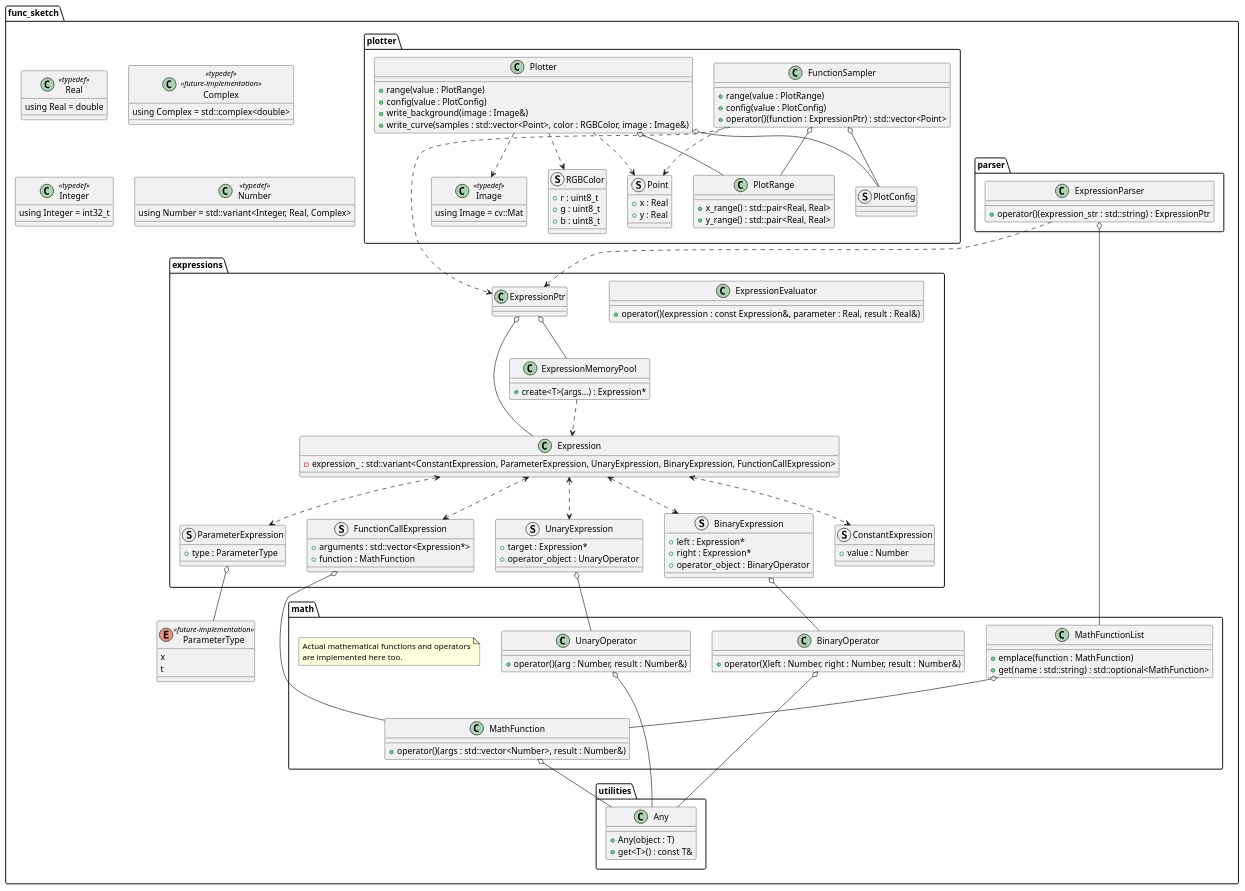
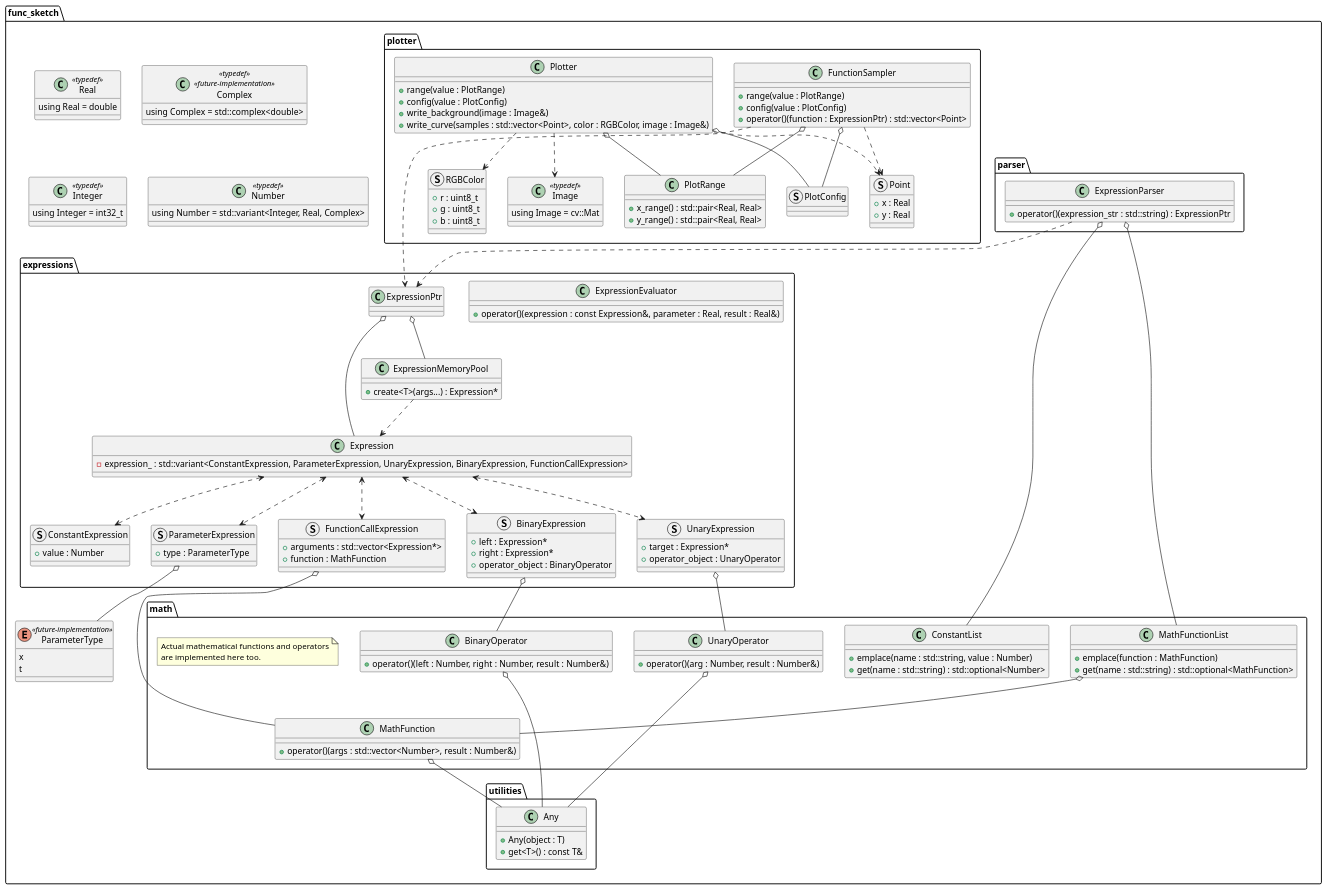
The diagram in docs/sphinx/design_notes/classes_cpp.puml (MusicScience37/FuncSketch), drawn with PlantUML before and after one commit. The commit also changed 13 other files, not shown here.

```diff
--- a/docs/sphinx/design_notes/classes_cpp.puml
+++ b/docs/sphinx/design_notes/classes_cpp.puml
@@ -1,167 +1,173 @@
 @startuml classes_cpp
 
 package func_sketch {
     class Real <<typedef>> {
         using Real = double
     }
 
     class Complex <<typedef>> <<future-implementation>> {
         using Complex = std::complex<double>
     }
 
     class Integer <<typedef>> {
         using Integer = int32_t
     }
 
     class Number <<typedef>> {
         using Number = std::variant<Integer, Real, Complex>
     }
 
     enum ParameterType <<future-implementation>> {
         x
         t
     }
 
     package utilities {
         class Any {
             + Any(object : T)
             + get<T>() : const T&
         }
     }
 
     package math {
         class UnaryOperator {
             + operator()(arg : Number, result : Number&)
         }
         UnaryOperator o-- Any
 
         class BinaryOperator {
             + operator()(left : Number, right : Number, result : Number&)
         }
         BinaryOperator o-- Any
 
         class MathFunction {
             + operator()(args : std::vector<Number>, result : Number&)
         }
         MathFunction o-- Any
 
         class MathFunctionList {
             + emplace(function : MathFunction)
             + get(name : std::string) : std::optional<MathFunction>
         }
         MathFunctionList o-- MathFunction
+
+        class ConstantList {
+            + emplace(name : std::string, value : Number)
+            + get(name : std::string) : std::optional<Number>
+        }
 
         note as math_functions_note
             Actual mathematical functions and operators
             are implemented here too.
         end note
     }
 
     package expressions {
         class Expression {
             - expression_ : std::variant<ConstantExpression, ParameterExpression, UnaryExpression, BinaryExpression, FunctionCallExpression>
         }
 
         struct ConstantExpression {
             + value : Number
         }
         Expression <..> ConstantExpression
 
         struct ParameterExpression {
             + type : ParameterType
         }
         Expression <..> ParameterExpression
         ParameterExpression o-- ParameterType
 
         struct UnaryExpression {
             + target : Expression*
             + operator_object : UnaryOperator
         }
         Expression <..> UnaryExpression
         UnaryExpression o-- UnaryOperator
 
         struct BinaryExpression {
             + left : Expression*
             + right : Expression*
             + operator_object : BinaryOperator
         }
         Expression <..> BinaryExpression
         BinaryExpression o-- BinaryOperator
 
         struct FunctionCallExpression {
             + arguments : std::vector<Expression*>
             + function : MathFunction
         }
         Expression <..> FunctionCallExpression
         FunctionCallExpression o-- MathFunction
 
         class ExpressionMemoryPool {
             + create<T>(args...) : Expression*
         }
         ExpressionMemoryPool ..> Expression
 
         class ExpressionEvaluator {
             + operator()(expression : const Expression&, parameter : Real, result : Real&)
         }
 
         class ExpressionPtr
         ExpressionPtr o-- Expression
         ExpressionPtr o-- ExpressionMemoryPool
     }
 
     package parser {
         class ExpressionParser {
             + operator()(expression_str : std::string) : ExpressionPtr
         }
         ExpressionParser o-- MathFunctionList
+        ExpressionParser o-- ConstantList
         ExpressionParser ..> ExpressionPtr
     }
 
     package plotter {
         struct RGBColor {
             + r : uint8_t
             + g : uint8_t
             + b : uint8_t
         }
 
         struct Point {
             + x : Real
             + y : Real
         }
 
         class Image <<typedef>> {
             using Image = cv::Mat
         }
 
         class PlotRange {
             + x_range() : std::pair<Real, Real>
             + y_range() : std::pair<Real, Real>
         }
 
         struct PlotConfig
 
         class FunctionSampler {
             + range(value : PlotRange)
             + config(value : PlotConfig)
             + operator()(function : ExpressionPtr) : std::vector<Point>
         }
         FunctionSampler o-- PlotRange
         FunctionSampler o-- PlotConfig
         FunctionSampler ...> ExpressionPtr
         FunctionSampler ..> Point
 
         class Plotter {
             + range(value : PlotRange)
             + config(value : PlotConfig)
             + write_background(image : Image&)
             + write_curve(samples : std::vector<Point>, color : RGBColor, image : Image&)
         }
         Plotter o-- PlotRange
         Plotter o-- PlotConfig
         Plotter ..> Point
         Plotter ..> RGBColor
         Plotter ..> Image
     }
 }
 
 @enduml
```
